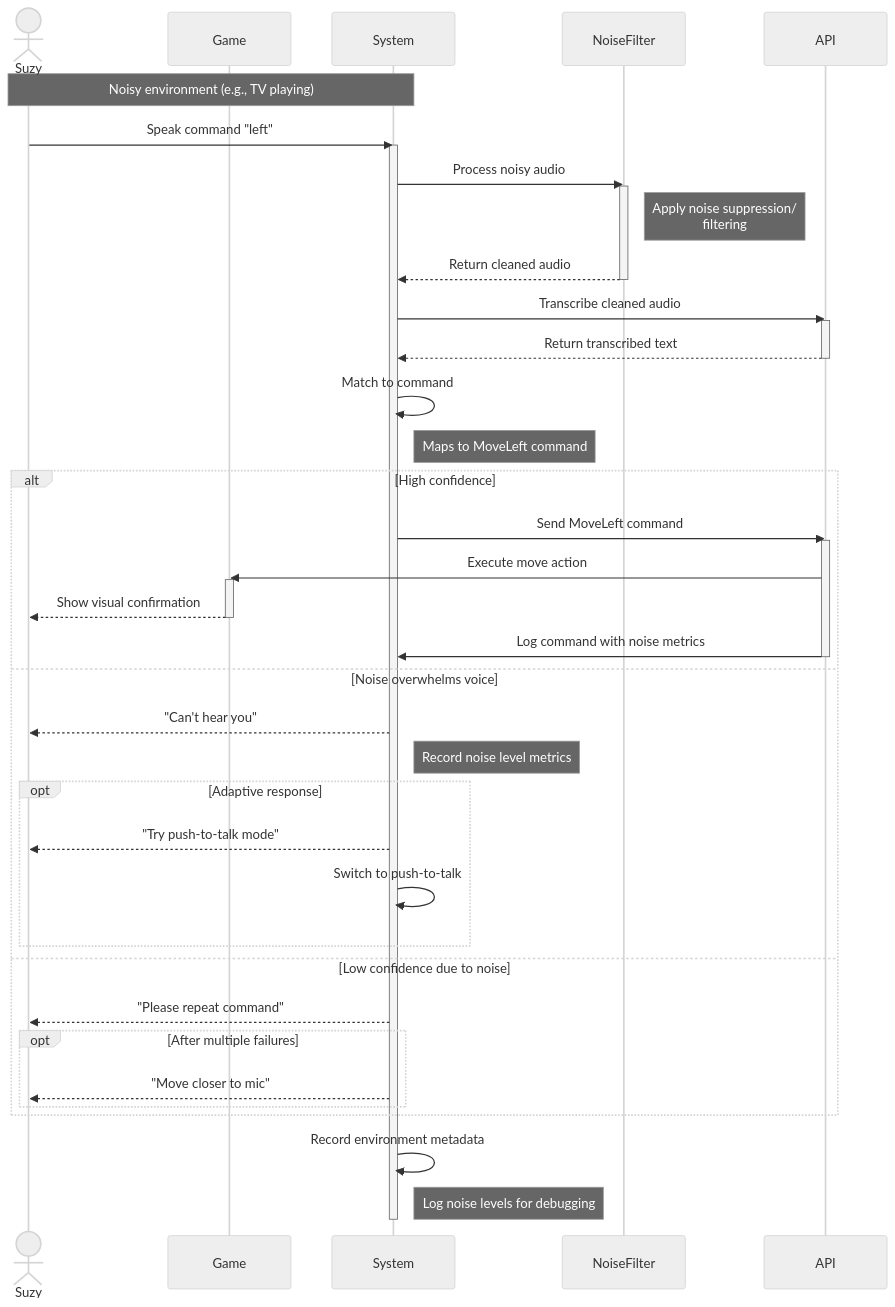
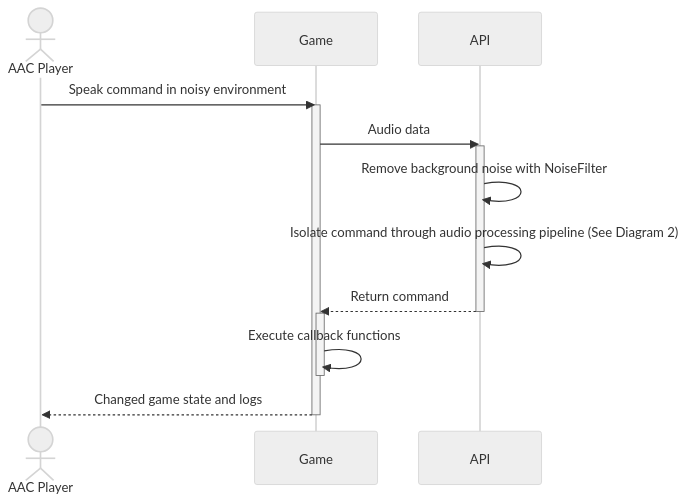
One commit to Capstone-Projects-2025-Fall/project-001-aac-api changed the fourth of 8 diagrams in documentation/docs/system-architecture/sequence-diagrams.md. Above: the diagram before and after it, drawn with Mermaid (neutral theme). The commit also changed other lines of this file, not shown here.

Commit message:
update sequence diagram 4 and edit 2

````diff
--- a/documentation/docs/system-architecture/sequence-diagrams.md
+++ b/documentation/docs/system-architecture/sequence-diagrams.md
@@ -125,53 +127,20 @@
 ```mermaid
 sequenceDiagram
-    actor Suzy
+    actor AAC Player
     participant Game
-    participant System
-    participant NoiseFilter
     participant API
     
-    Note over Suzy,System: Noisy environment (e.g., TV playing)
-    Suzy->>System: Speak command "left"
-    activate System
-    
-    System->>NoiseFilter: Process noisy audio
-    activate NoiseFilter
-    Note right of NoiseFilter: Apply noise suppression/<br/>filtering
-    NoiseFilter-->>System: Return cleaned audio
-    deactivate NoiseFilter
-    
-    System->>API: Transcribe cleaned audio
+    AAC Player->>Game: Speak command in noisy environment
+    activate Game
+    Game->>API: Audio data
     activate API
-    API-->>System: Return transcribed text
+    API->>API: Remove background noise with NoiseFilter
+    API->>API: Isolate command through audio processing pipeline (See Diagram 2)
+    API-->>Game: Return command
     deactivate API
-    
-    System->>System: Match to command
-    Note right of System: Maps to MoveLeft command
-    
-    alt High confidence
-        System->>API: Send MoveLeft command
-        activate API
-        API->>Game: Execute move action
-        activate Game
-        Game-->>Suzy: Show visual confirmation
-        deactivate Game
-        API->>System: Log command with noise metrics
-        deactivate API
-    else Noise overwhelms voice
-        System-->>Suzy: "Can't hear you"
-        Note right of System: Record noise level metrics
-        opt Adaptive response
-            System-->>Suzy: "Try push-to-talk mode"
-            System->>System: Switch to push-to-talk
-        end
-    else Low confidence due to noise
-        System-->>Suzy: "Please repeat command"
-        opt After multiple failures
-            System-->>Suzy: "Move closer to mic"
-        end
-    end
-    
-    System->>System: Record environment metadata
-    Note right of System: Log noise levels for debugging
-    deactivate System
+    activate Game
+    Game->>Game: Execute callback functions
+    deactivate Game
+    Game-->>AAC Player: Changed game state and logs
+    deactivate Game
 ```
````
